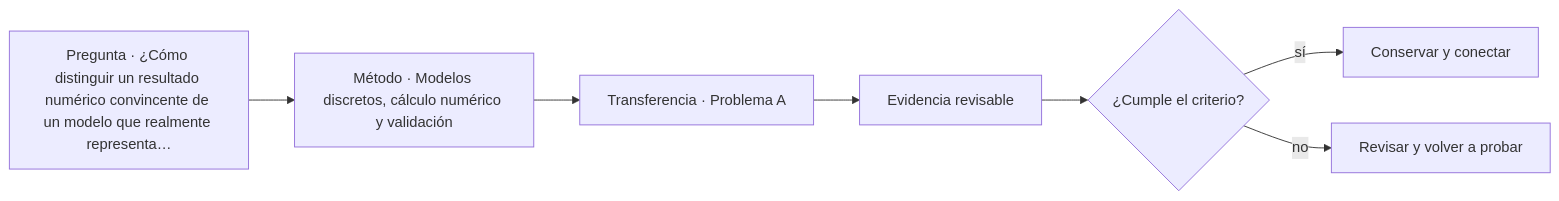
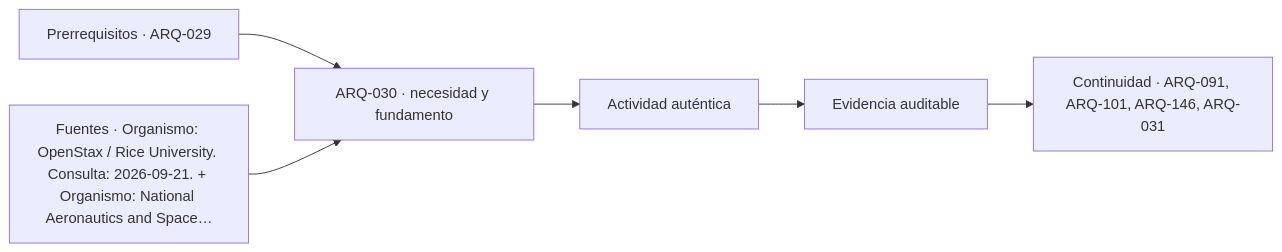
One commit to vladimiracunadev-create/architecture-built-environment-learning-program changed the diagram in classes/parte-03/ARQ-030.md. Above: the diagram before and after it, drawn with Mermaid. The commit also changed other lines of this file and 761 other files, not shown here.

````diff
--- a/classes/parte-03/ARQ-030.md
+++ b/classes/parte-03/ARQ-030.md
@@ -145,9 +157,8 @@
 ```mermaid
 flowchart LR
-    Q["Pregunta · ¿Cómo distinguir un resultado numérico convincente de un modelo que realmente representa…"] --> M["Método · Modelos discretos, cálculo numérico y validación"]
-    M --> P["Transferencia · Problema A"]
-    P --> E["Evidencia revisable"]
-    E --> C{"¿Cumple el criterio?"}
-    C -->|sí| T["Conservar y conectar"]
-    C -->|no| R["Revisar y volver a probar"]
+    A["Prerrequisitos · ARQ-029"] --> B["ARQ-030 · necesidad y fundamento"]
+    S["Fuentes · Organismo: OpenStax / Rice University. Consulta: 2026-09-21. + Organismo: National Aeronautics and Space…"] --> B
+    B --> C["Actividad auténtica"]
+    C --> D["Evidencia auditable"]
+    D --> E["Continuidad · ARQ-091, ARQ-101, ARQ-146, ARQ-031"]
 ```
````
